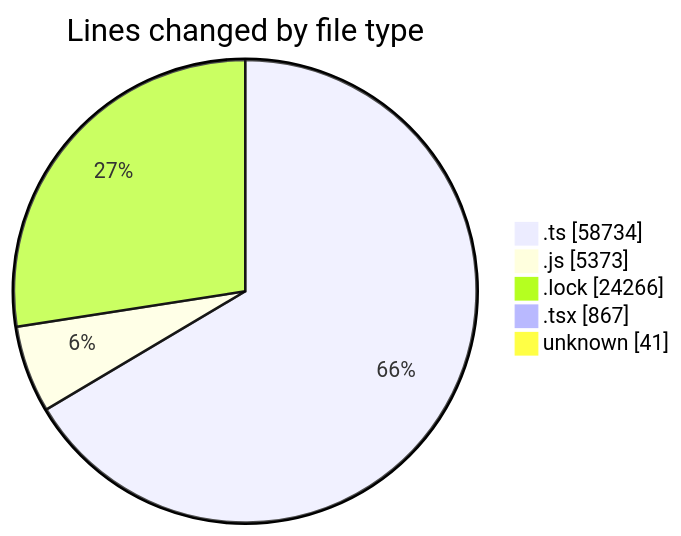
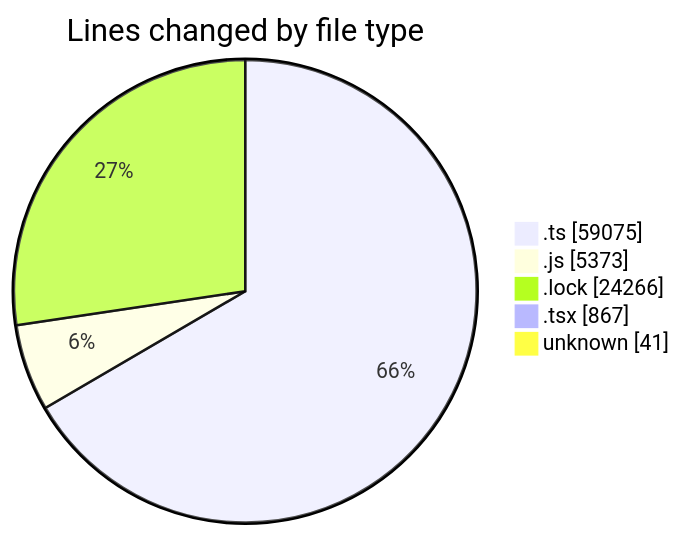
Before and after one commit to momahboobian/code-tracking: the first of 2 diagrams in 2025-08-14/cda/README.md, drawn with Mermaid. The commit also changed other lines of this file and 1 other file, not shown here.

````diff
--- a/2025-08-14/cda/README.md
+++ b/2025-08-14/cda/README.md
@@ -37,9 +38,9 @@
 ```mermaid
 pie showData
 title Lines changed by file type
-".ts" : 58734
+".ts" : 59075
 ".js" : 5373
 ".lock" : 24266
 ".tsx" : 867
 "unknown" : 41
 ```
````
